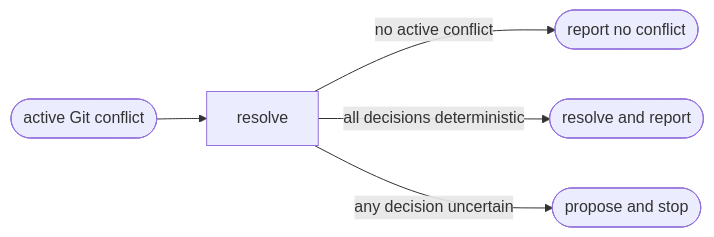
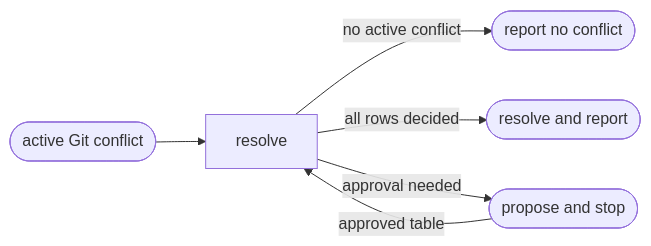
One commit to ai-driven-dev/aidd-framework changed the diagram in plugins/aidd-vcs/skills/05-resolve-conflict/SKILL.md. Above: the diagram before and after it, drawn with Mermaid. The commit also changed other lines of this file and 8 other files, not shown here.

````diff
--- a/plugins/aidd-vcs/skills/05-resolve-conflict/SKILL.md
+++ b/plugins/aidd-vcs/skills/05-resolve-conflict/SKILL.md
@@ -8,7 +8,8 @@
 ```mermaid
 flowchart LR
   start([active Git conflict]) --> resolve
   resolve -->|no active conflict| none([report no conflict])
-  resolve -->|all decisions deterministic| applied([resolve and report])
-  resolve -->|any decision uncertain| proposal([propose and stop])
+  resolve -->|all rows decided| applied([resolve and report])
+  resolve -->|approval needed| proposal([propose and stop])
+  proposal -->|approved table| resolve
 ```
````
